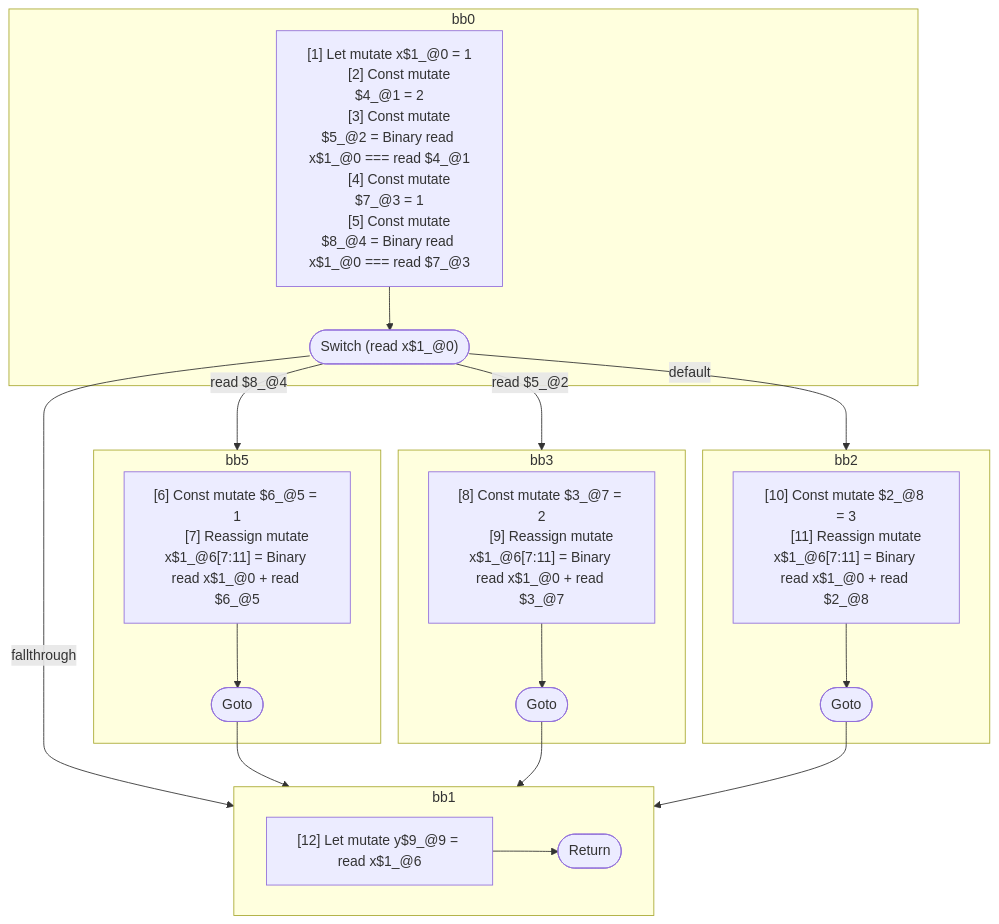
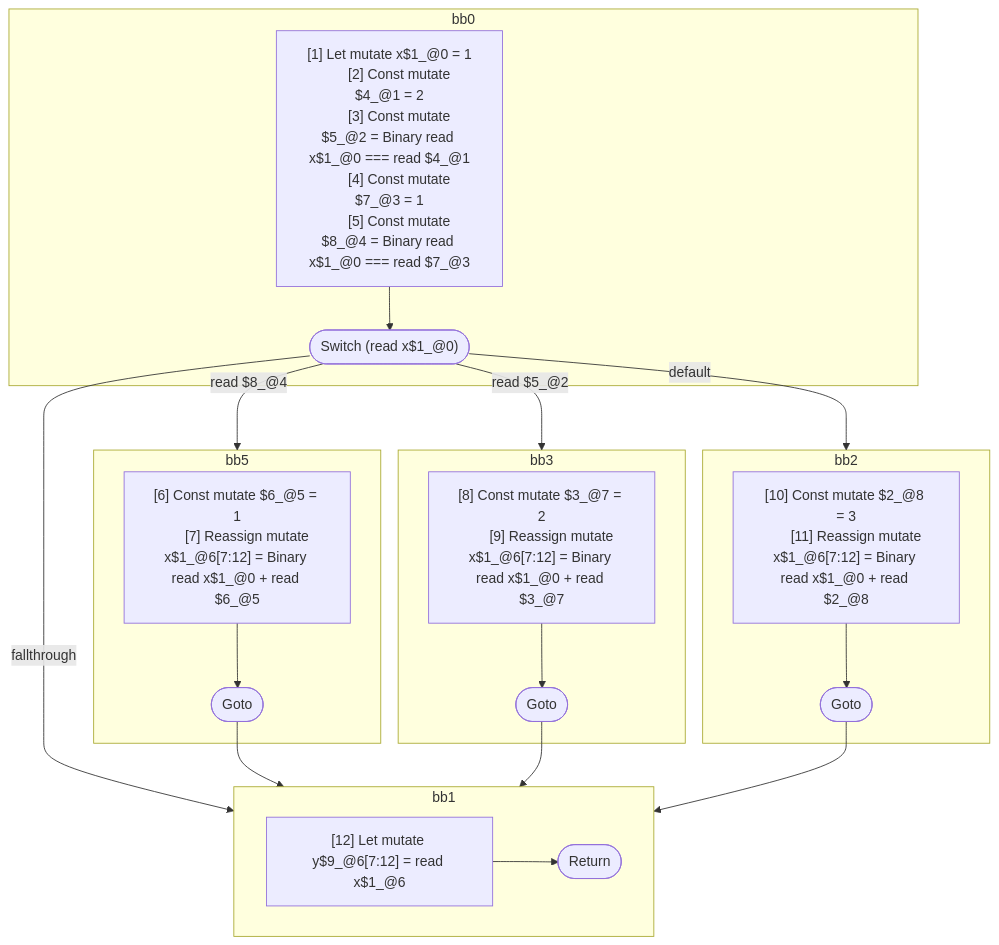
The diagram in compiler/forget/src/__tests__/fixtures/hir/ssa-switch.expect.md (wutsmog/private), drawn with Mermaid before and after one commit. The commit also changed other lines of this file and 13 other files, not shown here.

````diff
--- a/compiler/forget/src/__tests__/fixtures/hir/ssa-switch.expect.md
+++ b/compiler/forget/src/__tests__/fixtures/hir/ssa-switch.expect.md
@@ -63,51 +63,51 @@
 ```mermaid
 flowchart TB
   %% Basic Blocks
   subgraph bb0
     bb0_instrs["
       [1] Let mutate x$1_@0 = 1
       [2] Const mutate $4_@1 = 2
       [3] Const mutate $5_@2 = Binary read x$1_@0 === read $4_@1
       [4] Const mutate $7_@3 = 1
       [5] Const mutate $8_@4 = Binary read x$1_@0 === read $7_@3
     "]
     bb0_instrs --> bb0_terminal(["Switch (read x$1_@0)"])
   end
   subgraph bb5
     bb5_instrs["
       [6] Const mutate $6_@5 = 1
-      [7] Reassign mutate x$1_@6[7:11] = Binary read x$1_@0 + read $6_@5
+      [7] Reassign mutate x$1_@6[7:12] = Binary read x$1_@0 + read $6_@5
     "]
     bb5_instrs --> bb5_terminal(["Goto"])
   end
   subgraph bb3
     bb3_instrs["
       [8] Const mutate $3_@7 = 2
-      [9] Reassign mutate x$1_@6[7:11] = Binary read x$1_@0 + read $3_@7
+      [9] Reassign mutate x$1_@6[7:12] = Binary read x$1_@0 + read $3_@7
     "]
     bb3_instrs --> bb3_terminal(["Goto"])
   end
   subgraph bb2
     bb2_instrs["
       [10] Const mutate $2_@8 = 3
-      [11] Reassign mutate x$1_@6[7:11] = Binary read x$1_@0 + read $2_@8
+      [11] Reassign mutate x$1_@6[7:12] = Binary read x$1_@0 + read $2_@8
     "]
     bb2_instrs --> bb2_terminal(["Goto"])
   end
   subgraph bb1
     bb1_instrs["
-      [12] Let mutate y$9_@9 = read x$1_@6
+      [12] Let mutate y$9_@6[7:12] = read x$1_@6
     "]
     bb1_instrs --> bb1_terminal(["Return"])
   end
 
   %% Jumps
   bb0_terminal -- "read $8_@4" --> bb5
   bb0_terminal -- "read $5_@2" --> bb3
   bb0_terminal -- "default" --> bb2
   bb0_terminal -- "fallthrough" --> bb1
   bb5_terminal --> bb1
   bb3_terminal --> bb1
   bb2_terminal --> bb1
 
 ```
````
